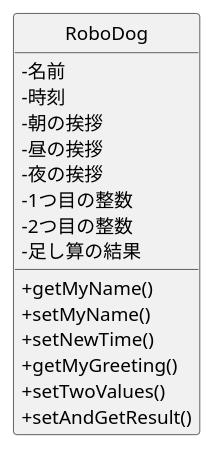
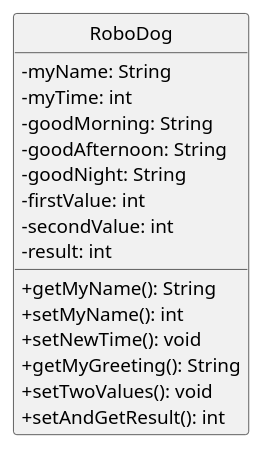
Before and after one commit to kmm2459342/ohara_uml: the diagram in 06_robo_dog/class.pu, drawn with PlantUML.

```diff
--- a/06_robo_dog/class.pu
+++ b/06_robo_dog/class.pu
@@ -1,23 +1,23 @@
 @startuml Robodogクラス図
 skinparam classAttributeIconSize 0
 hide circle
- 
+
 class RoboDog {
--名前
--時刻
--朝の挨拶
--昼の挨拶
--夜の挨拶
--1つ目の整数
--2つ目の整数
--足し算の結果
- 
-+getMyName()
-+setMyName()
-+setNewTime()
-+getMyGreeting()
-+setTwoValues()
-+setAndGetResult()
+ -myName: String
+ -myTime: int
+ -goodMorning: String
+ -goodAfternoon: String
+ -goodNight: String
+ -firstValue: int
+ -secondValue: int
+ -result: int
+
+ +getMyName(): String
+ +setMyName(): int
+ +setNewTime(): void
+ +getMyGreeting(): String
+ +setTwoValues(): void
+ +setAndGetResult(): int
 }
- 
+
 @enduml
```
